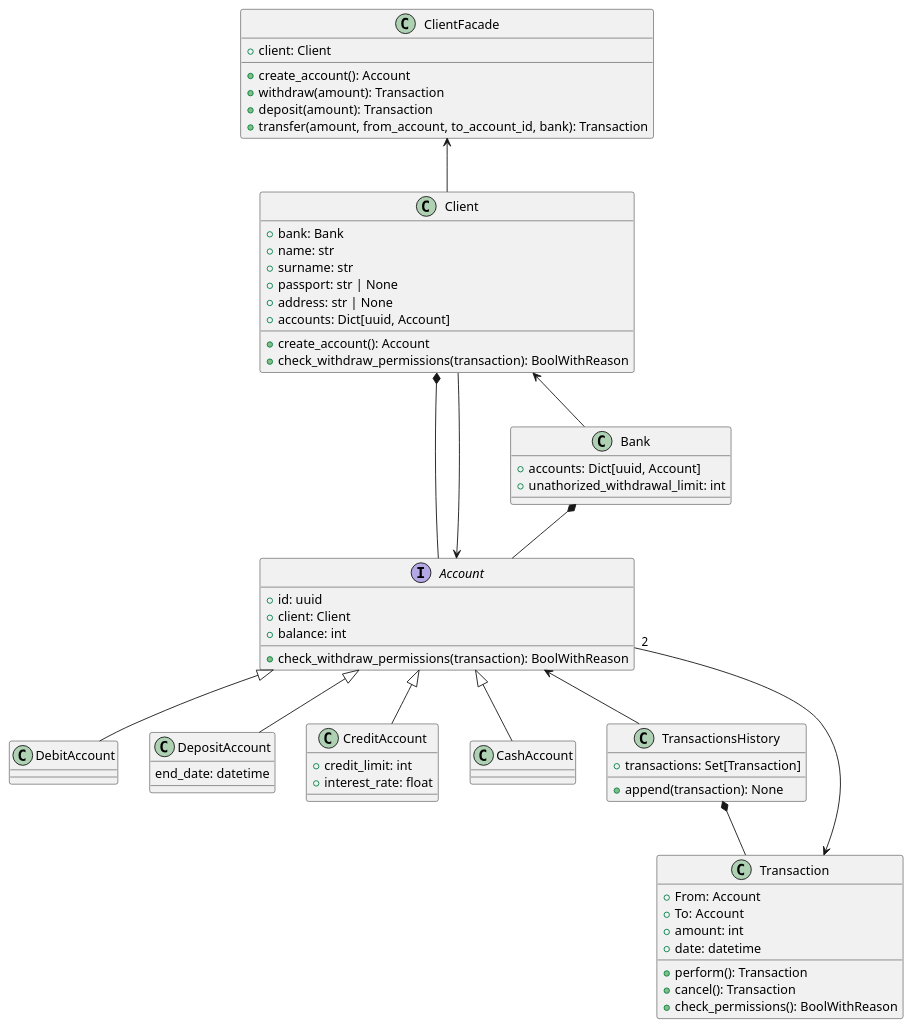
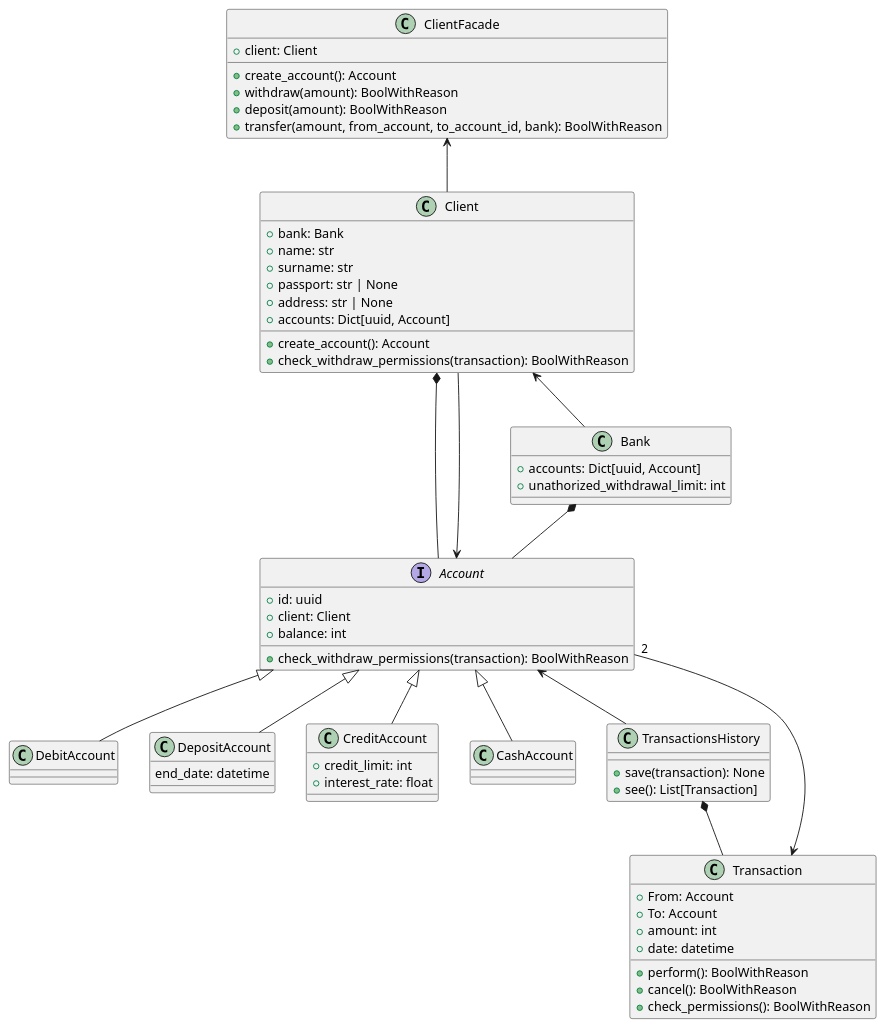
The diagram in classes.puml (Batmaev/banking-proj), drawn with PlantUML before and after one commit. The commit also changed 3 other files, not shown here.

```diff
--- a/classes.puml
+++ b/classes.puml
@@ -1,80 +1,80 @@
 @startuml classes_uml
 
 class ClientFacade {
     + client: Client
 
     + create_account(): Account
-    + withdraw(amount): Transaction
-    + deposit(amount): Transaction
-    + transfer(amount, from_account, to_account_id, bank): Transaction
+    + withdraw(amount): BoolWithReason
+    + deposit(amount): BoolWithReason
+    + transfer(amount, from_account, to_account_id, bank): BoolWithReason
 }
 
 ClientFacade <-- Client
 
 class Client {
     + bank: Bank
     + name: str
     + surname: str
     + passport: str | None
     + address: str | None
     + accounts: Dict[uuid, Account]
 
     + create_account(): Account
     + check_withdraw_permissions(transaction): BoolWithReason
 }
 
 interface Account {
     + id: uuid
     + client: Client
     + balance: int
 
     + check_withdraw_permissions(transaction): BoolWithReason
 }
 
 Account <|-- DebitAccount
 Account <|-- DepositAccount
 Account <|-- CreditAccount
 Account <|-- CashAccount
 
 class DepositAccount {
     end_date: datetime
 }
 
 class CreditAccount {
     + credit_limit: int
     + interest_rate: float
 }
 
 
 class Bank {
     + accounts: Dict[uuid, Account]
     + unathorized_withdrawal_limit: int
 }
 
 Client <-- Bank
 Bank *-- Account
 Client *-- Account
 Account <-- Client
 
 class Transaction {
     + From: Account
     + To: Account
     + amount: int
     + date: datetime
 
-    + perform(): Transaction
-    + cancel(): Transaction
+    + perform(): BoolWithReason
+    + cancel(): BoolWithReason
     + check_permissions(): BoolWithReason
 }
 
 Transaction <-- "2" Account
 
 class TransactionsHistory {
-    + transactions: Set[Transaction]
-    + append(transaction): None
+    + save(transaction): None
+    + see(): List[Transaction]
 }
 
 TransactionsHistory *-- Transaction
 Account <-- TransactionsHistory
 
 @enduml
```
